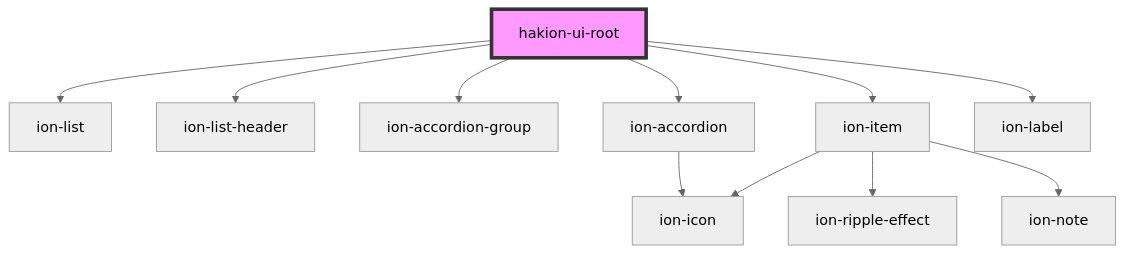
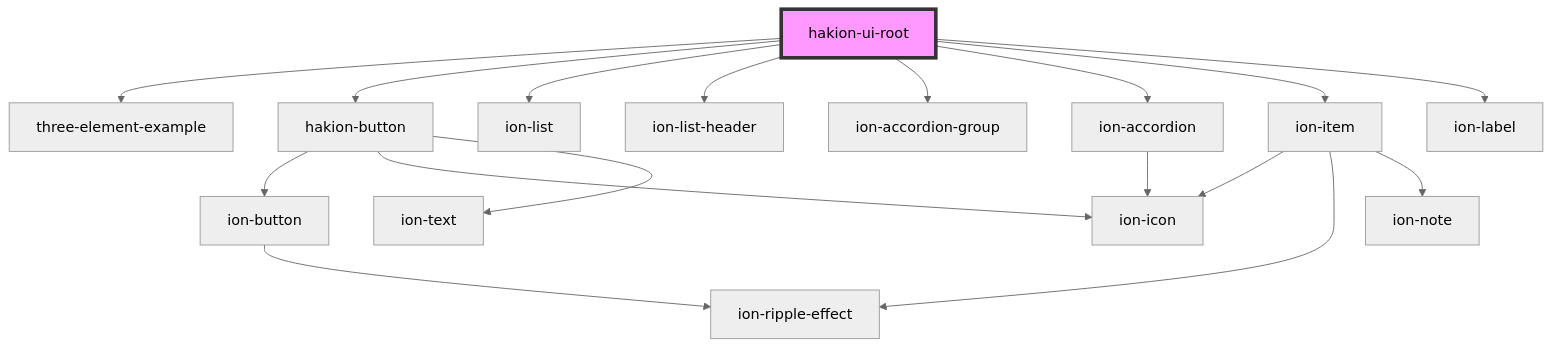
Before and after one commit to Hakkei-Co/nub-ui: the diagram in src/components/hakion-ui-root/readme.md, drawn with Mermaid (neutral theme). The commit also changed other lines of this file and 7 other files, not shown here.

````diff
--- a/src/components/hakion-ui-root/readme.md
+++ b/src/components/hakion-ui-root/readme.md
@@ -20,14 +22,20 @@
 ```mermaid
 graph TD;
+  hakion-ui-root --> three-element-example
+  hakion-ui-root --> hakion-button
   hakion-ui-root --> ion-list
   hakion-ui-root --> ion-list-header
   hakion-ui-root --> ion-accordion-group
   hakion-ui-root --> ion-accordion
   hakion-ui-root --> ion-item
   hakion-ui-root --> ion-label
+  hakion-button --> ion-button
+  hakion-button --> ion-icon
+  hakion-button --> ion-text
+  ion-button --> ion-ripple-effect
   ion-accordion --> ion-icon
   ion-item --> ion-icon
   ion-item --> ion-ripple-effect
   ion-item --> ion-note
   style hakion-ui-root fill:#f9f,stroke:#333,stroke-width:4px
 ```
````
